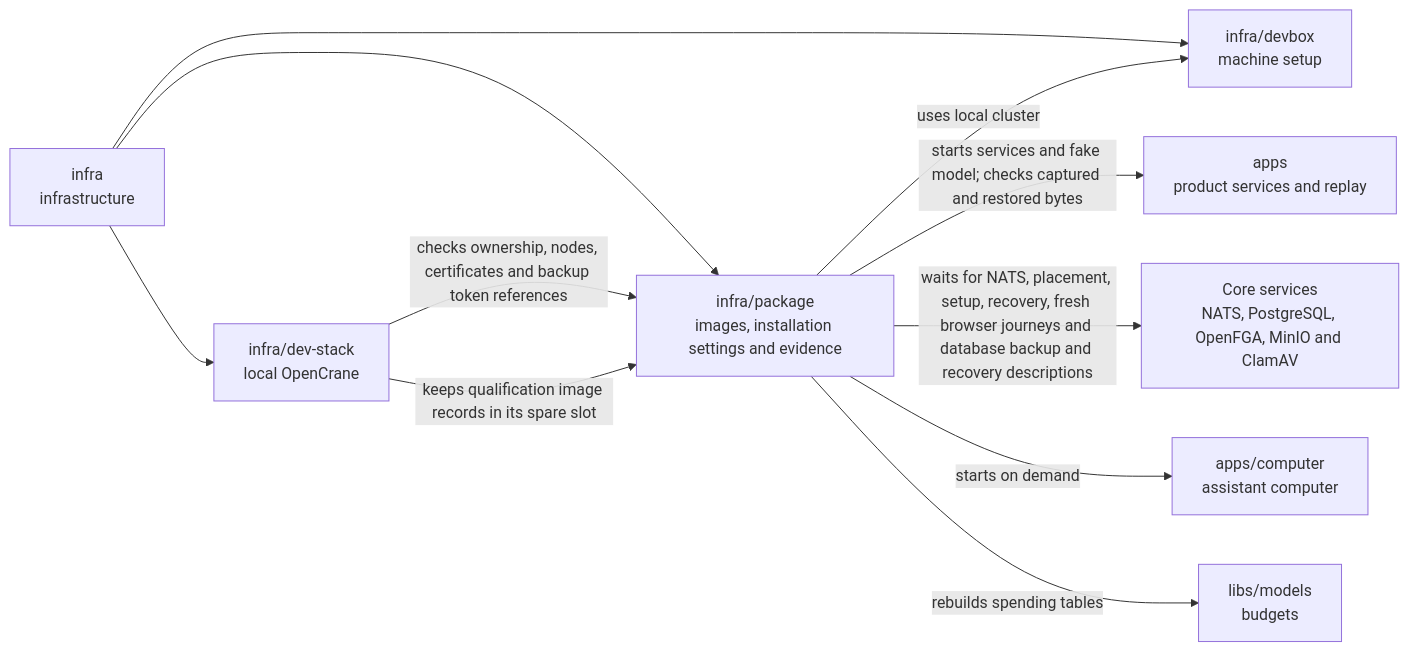
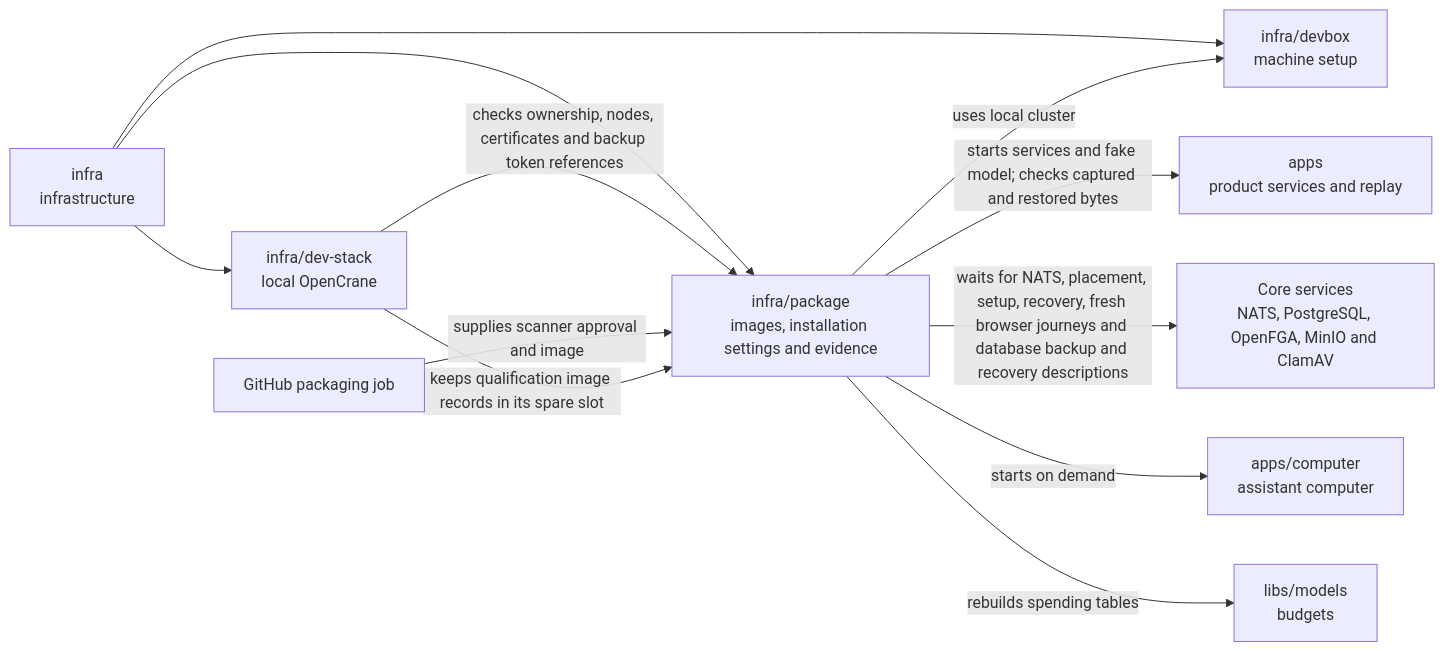
The diagram in infra/package/README.md (elewa-git/opencrane-new), drawn with Mermaid before and after one commit. The commit also changed other lines of this file and 6 other files, not shown here.

````diff
--- a/infra/package/README.md
+++ b/infra/package/README.md
@@ -19,13 +19,14 @@
 ```mermaid
 flowchart LR
   infra["infra<br/>infrastructure"] --> package["infra/package<br/>images, installation settings and evidence"]
   infra --> stack["infra/dev-stack<br/>local OpenCrane"]
   infra --> devbox["infra/devbox<br/>machine setup"]
   stack -->|checks ownership, nodes, certificates and backup token references| package
   package -->|uses local cluster| devbox
   package -->|starts services and fake model; checks captured and restored bytes| apps["apps<br/>product services and replay"]
+  packaging["GitHub packaging job"] -->|supplies scanner approval and image| package
   package -->|waits for NATS, placement, setup, recovery, fresh browser journeys and database backup and recovery descriptions| services["Core services<br/>NATS, PostgreSQL, OpenFGA, MinIO and ClamAV"]
   package -->|starts on demand| computer["apps/computer<br/>assistant computer"]
   package -->|rebuilds spending tables| models["libs/models<br/>budgets"]
   stack -->|keeps qualification image records in its spare slot| package
 ```
````
